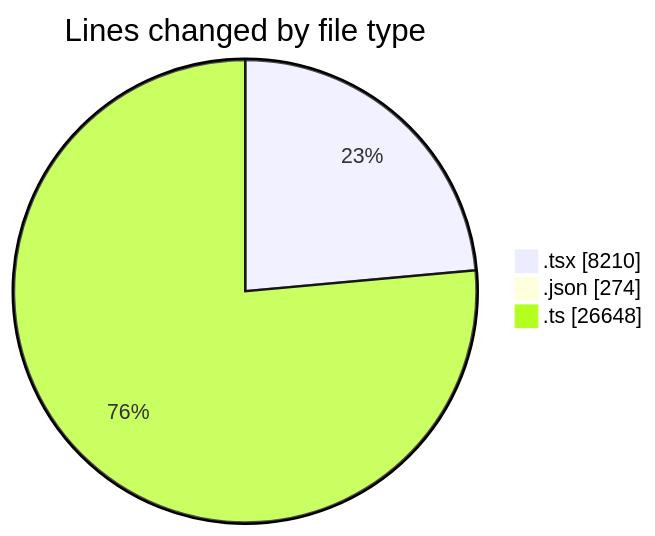
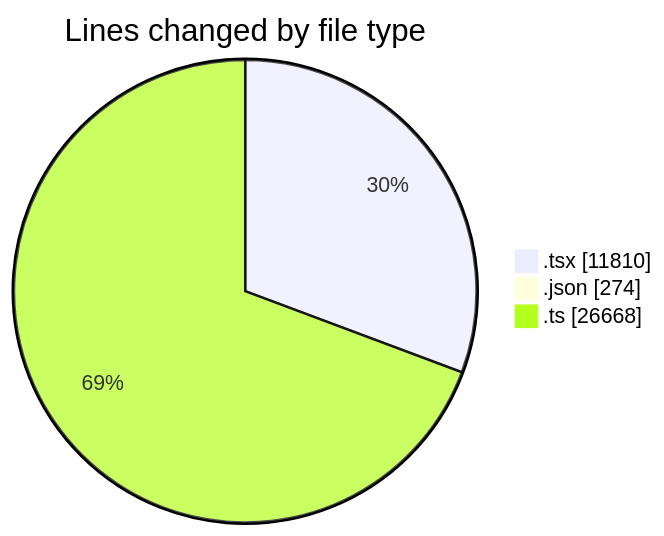
The first of 2 diagrams in 2026-11-13/broadcaster-v6-feature/README.md (momahboobian/code-tracking), drawn with Mermaid before and after one commit. The commit also changed other lines of this file and 1 other file, not shown here.

````diff
--- a/2026-11-13/broadcaster-v6-feature/README.md
+++ b/2026-11-13/broadcaster-v6-feature/README.md
@@ -58,7 +63,7 @@
 ```mermaid
 pie showData
 title Lines changed by file type
-".tsx" : 8210
+".tsx" : 11810
 ".json" : 274
-".ts" : 26648
+".ts" : 26668
 ```
````
